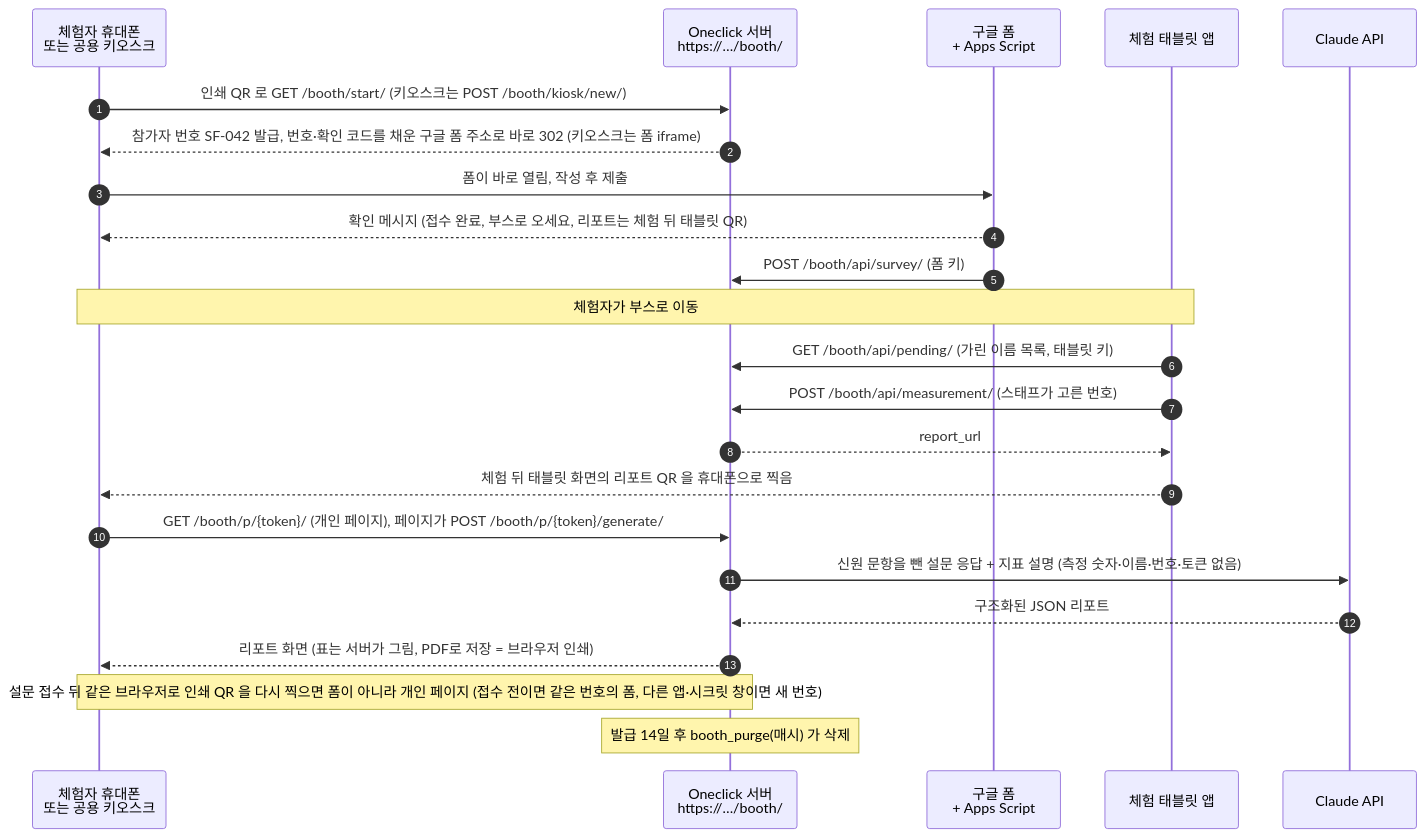
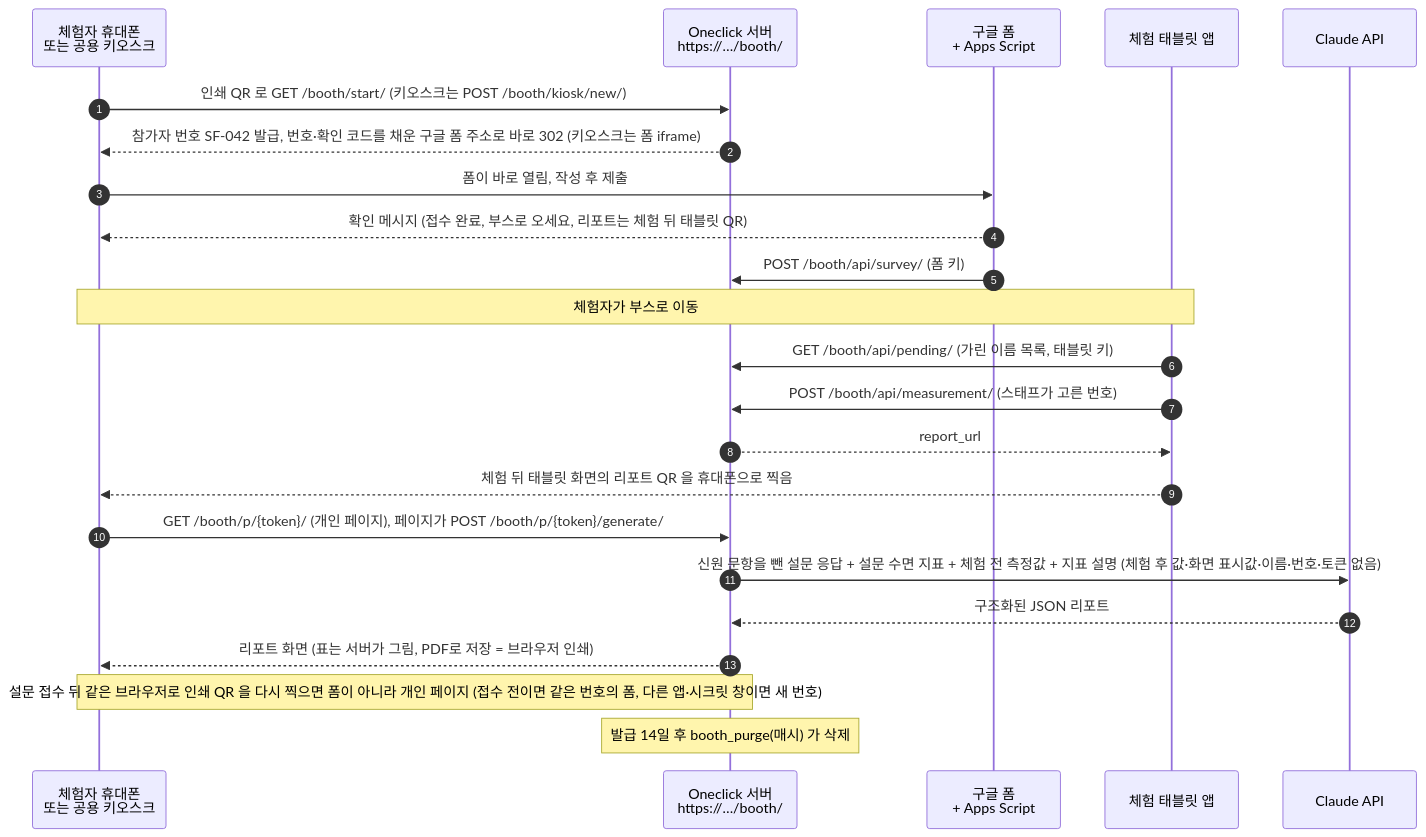
The diagram in backend/booth/README.md (shikgom2/Oneclick), drawn with Mermaid before and after one commit. The commit also changed other lines of this file and 15 other files, not shown here.

````diff
--- a/backend/booth/README.md
+++ b/backend/booth/README.md
@@ -16,25 +16,25 @@
 ```mermaid
 sequenceDiagram
     autonumber
     participant V as 체험자 휴대폰<br/>또는 공용 키오스크
     participant S as Oneclick 서버<br/>https://…/booth/
     participant F as 구글 폼<br/>+ Apps Script
     participant T as 체험 태블릿 앱
     participant C as Claude API
     V->>S: 인쇄 QR 로 GET /booth/start/ (키오스크는 POST /booth/kiosk/new/)
     S-->>V: 참가자 번호 SF-042 발급, 번호·확인 코드를 채운 구글 폼 주소로 바로 302 (키오스크는 폼 iframe)
     V->>F: 폼이 바로 열림, 작성 후 제출
     F-->>V: 확인 메시지 (접수 완료, 부스로 오세요, 리포트는 체험 뒤 태블릿 QR)
     F->>S: POST /booth/api/survey/ (폼 키)
     Note over V,T: 체험자가 부스로 이동
     T->>S: GET /booth/api/pending/ (가린 이름 목록, 태블릿 키)
     T->>S: POST /booth/api/measurement/ (스태프가 고른 번호)
     S-->>T: report_url
     T-->>V: 체험 뒤 태블릿 화면의 리포트 QR 을 휴대폰으로 찍음
     V->>S: GET /booth/p/{token}/ (개인 페이지), 페이지가 POST /booth/p/{token}/generate/
-    S->>C: 신원 문항을 뺀 설문 응답 + 지표 설명 (측정 숫자·이름·번호·토큰 없음)
+    S->>C: 신원 문항을 뺀 설문 응답 + 설문 수면 지표 + 체험 전 측정값 + 지표 설명 (체험 후 값·화면 표시값·이름·번호·토큰 없음)
     C-->>S: 구조화된 JSON 리포트
     S-->>V: 리포트 화면 (표는 서버가 그림, PDF로 저장 = 브라우저 인쇄)
     Note over V,S: 설문 접수 뒤 같은 브라우저로 인쇄 QR 을 다시 찍으면 폼이 아니라 개인 페이지 (접수 전이면 같은 번호의 폼, 다른 앱·시크릿 창이면 새 번호)
     Note over S: 발급 14일 후 booth_purge(매시) 가 삭제
 ```
````
